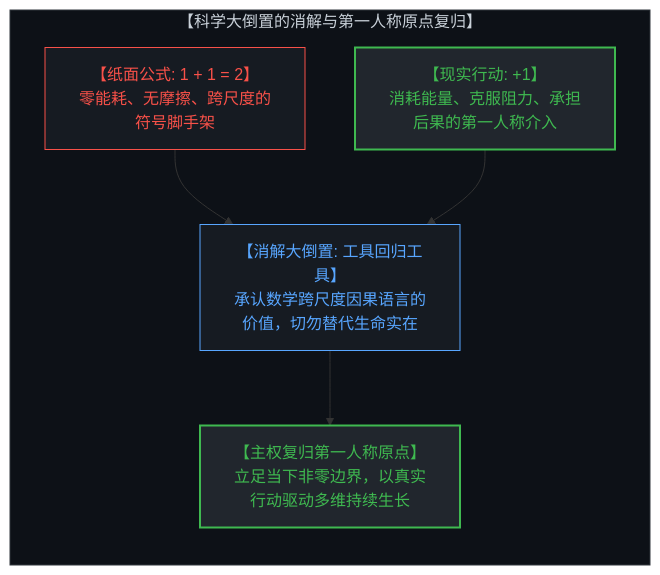
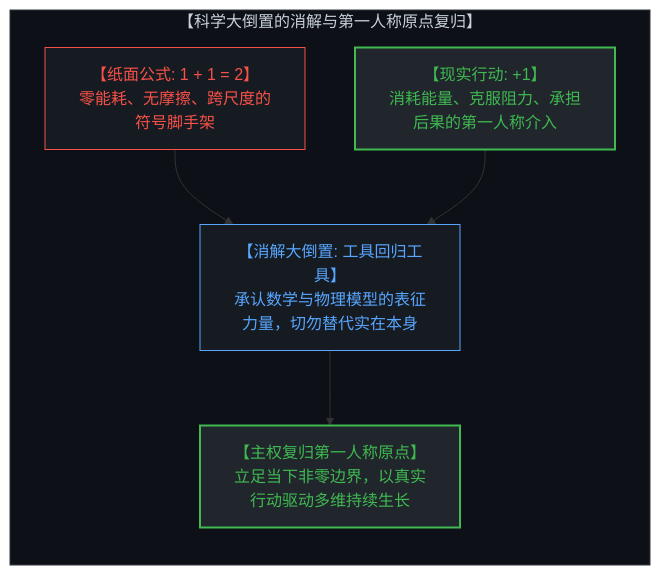
Before and after one commit to powerpig99/not-a-toe: the sixth of 6 diagrams in content/posts/the-illusion-of-the-tool-and-the-inversion-of-time.md, drawn with Mermaid. The commit also changed other lines of this file and 3 other files, not shown here.

````diff
--- a/content/posts/the-illusion-of-the-tool-and-the-inversion-of-time.md
+++ b/content/posts/the-illusion-of-the-tool-and-the-inversion-of-time.md
@@ -266,18 +288,18 @@
 ```mermaid
 graph TD
     subgraph TheGreatReversalResolution["【科学大倒置的消解与第一人称原点复归】"]
         direction TB
         PaperTautology["【纸面公式: 1 + 1 = 2】<br>零能耗、无摩擦、跨尺度的符号脚手架"]
         LivingIntervention["【现实行动: +1】<br>消耗能量、克服阻力、承担后果的第一人称介入"]
-        ReversalDissolved["【消解大倒置: 工具回归工具】<br>承认数学跨尺度因果语言的价值，切勿替代生命实在"]
+        ReversalDissolved["【消解大倒置: 工具回归工具】<br>承认数学与物理模型的表征力量，切勿替代实在本身"]
         SovereigntyReclaimed["【主权复归第一人称原点】<br>立足当下非零边界，以真实行动驱动多维持续生长"]
         PaperTautology --> ReversalDissolved
         LivingIntervention --> ReversalDissolved
         ReversalDissolved --> SovereigntyReclaimed
     end
     style TheGreatReversalResolution fill:#0d1117,stroke:#30363d,stroke-width:1px,color:#c9d1d9
     style PaperTautology fill:#161b22,stroke:#f85149,stroke-width:1px,color:#f85149
     style LivingIntervention fill:#21262d,stroke:#3fb950,stroke-width:2px,color:#3fb950
     style ReversalDissolved fill:#161b22,stroke:#58a6ff,stroke-width:1px,color:#58a6ff
     style SovereigntyReclaimed fill:#21262d,stroke:#3fb950,stroke-width:2px,color:#3fb950
 ```
````
